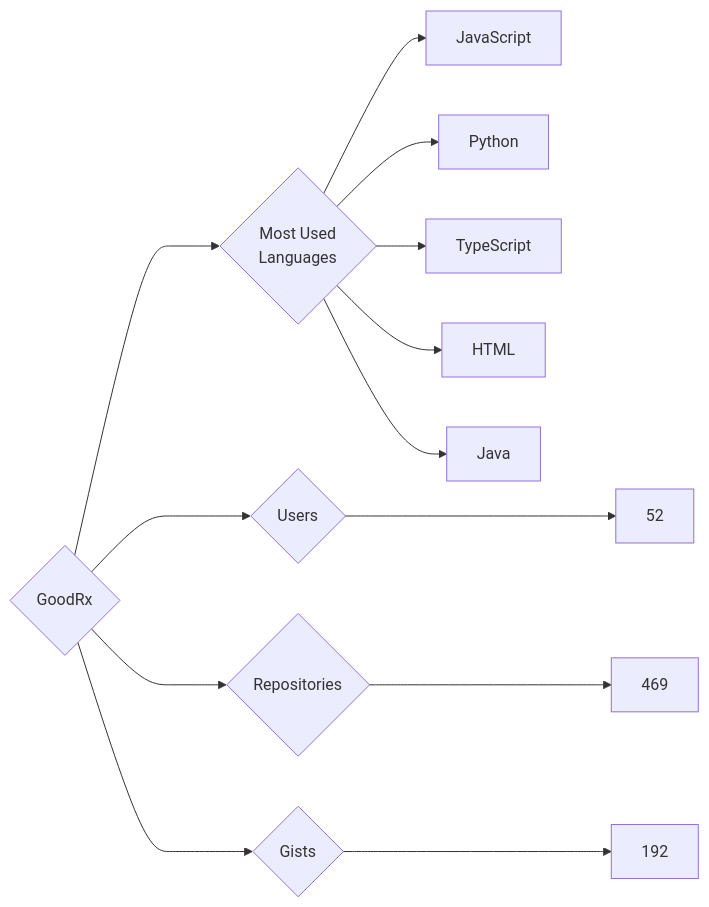
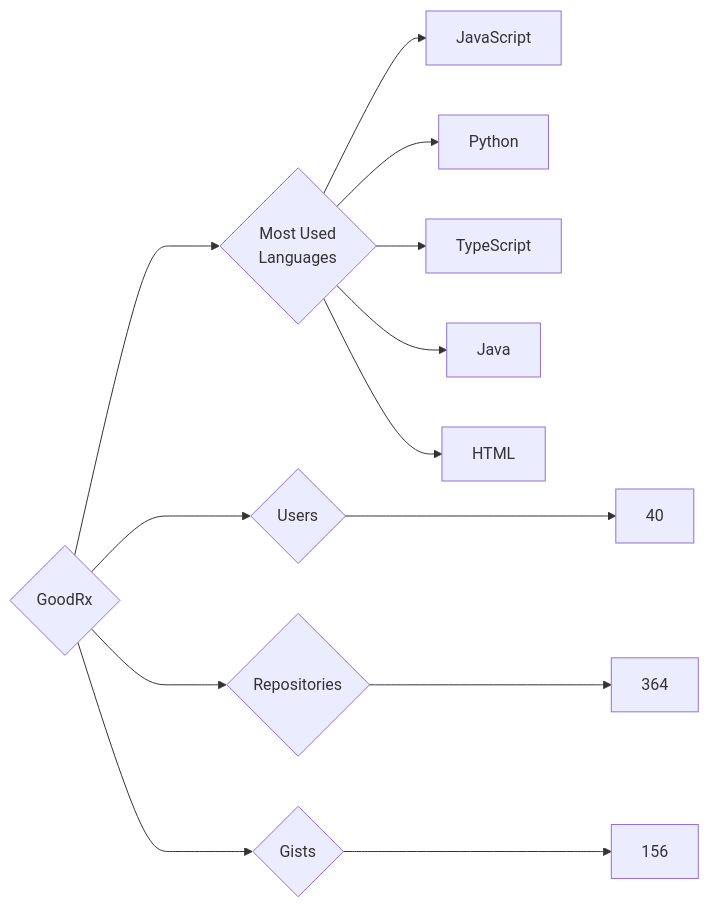
One commit to trickest/insiders changed the diagram in targets/GoodRx/README.md. Above: the diagram before and after it, drawn with Mermaid. The commit also changed 823 other files, not shown here.

````diff
--- a/targets/GoodRx/README.md
+++ b/targets/GoodRx/README.md
@@ -3,13 +3,13 @@
 ```mermaid
 graph LR
 COMPANY_NAME{GoodRx}
-COMPANY_NAME ---> U{Users} ---> UN[52]
-COMPANY_NAME ---> R{Repositories} ---> RN[469]
-COMPANY_NAME ---> G{Gists} ---> GN[192]
+COMPANY_NAME ---> U{Users} ---> UN[40]
+COMPANY_NAME ---> R{Repositories} ---> RN[364]
+COMPANY_NAME ---> G{Gists} ---> GN[156]
 COMPANY_NAME ---> ML{Most Used<br>Languages}
 ML --> JavaScript[JavaScript]
 ML --> Python[Python]
 ML --> TypeScript[TypeScript]
+ML --> Java[Java]
 ML --> HTML[HTML]
-ML --> Java[Java]
 ```
````
